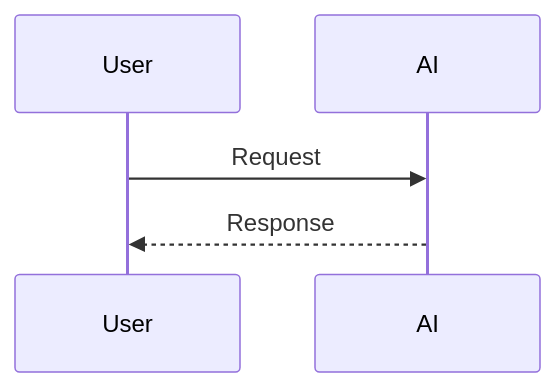
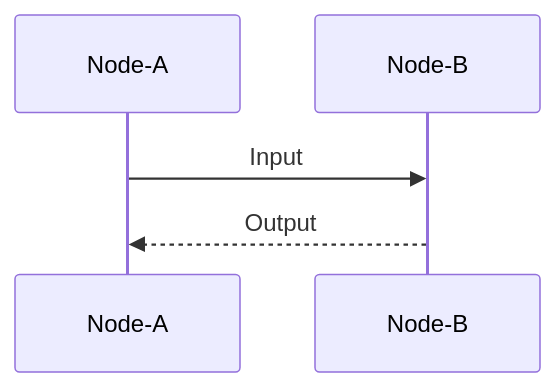
One commit to KatsuYuzu/marp-to-editable-pptx changed the fourth of 4 diagrams in src/native-pptx/test-fixtures/pptx-export.md. Above: the diagram before and after it, drawn with Mermaid. The commit also changed other lines of this file and 7 other files, not shown here.

```diff
--- a/src/native-pptx/test-fixtures/pptx-export.md
+++ b/src/native-pptx/test-fixtures/pptx-export.md
@@ -661,5 +661,5 @@
 <div class="mermaid">
 sequenceDiagram
-  User->>AI: Request
-  AI-->>User: Response
+  Node-A->>Node-B: Input
+  Node-B-->>Node-A: Output
 </div>
```
